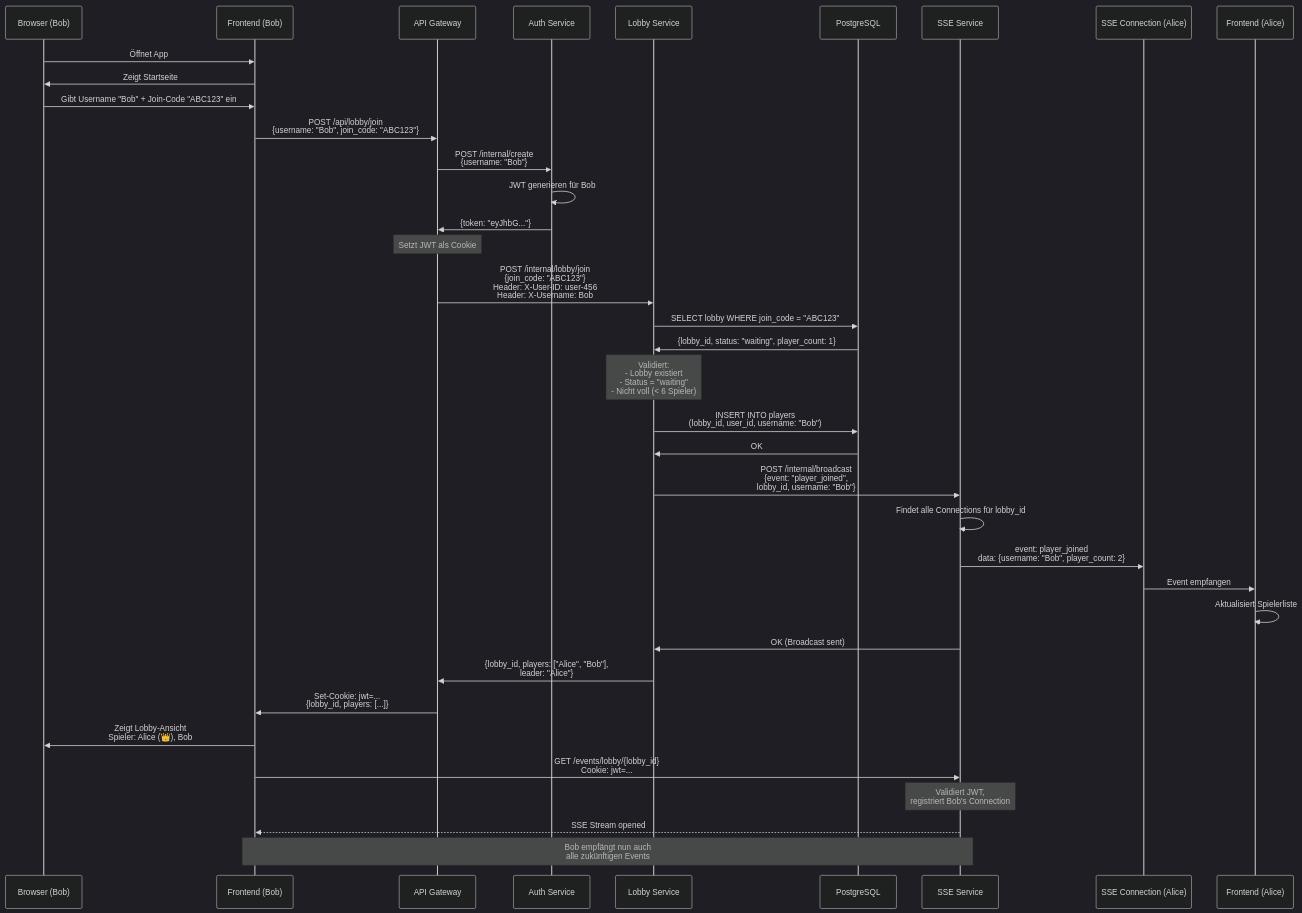
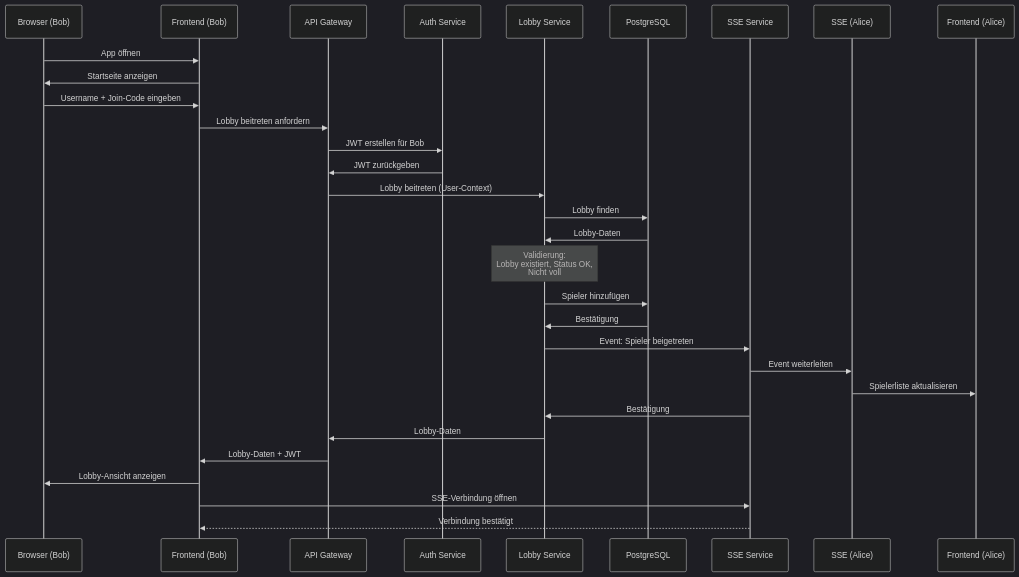
One commit to KnuffelGame/Project-Management changed the second of 10 diagrams in Sequenzdiagramme.md. Above: the diagram before and after it, drawn with Mermaid (dark theme). The commit also changed other lines of this file, not shown here.

````diff
--- a/Sequenzdiagramme.md
+++ b/Sequenzdiagramme.md
@@ -65,55 +88,46 @@
 ```mermaid
 sequenceDiagram
     participant Browser as Browser (Bob)
     participant Frontend as Frontend (Bob)
     participant Gateway as API Gateway
     participant Auth as Auth Service
     participant Lobby as Lobby Service
     participant DB as PostgreSQL
     participant SSE as SSE Service
-    participant SSE_Alice as SSE Connection (Alice)
+    participant SSE_Alice as SSE (Alice)
     participant Frontend_Alice as Frontend (Alice)
 
-    Browser->>Frontend: Öffnet App
-    Frontend->>Browser: Zeigt Startseite
+    Browser->>Frontend: App öffnen
+    Frontend->>Browser: Startseite anzeigen
     
-    Browser->>Frontend: Gibt Username "Bob" + Join-Code "ABC123" ein
+    Browser->>Frontend: Username + Join-Code eingeben
+    Frontend->>Gateway: Lobby beitreten anfordern
     
-    Frontend->>Gateway: POST /api/lobby/join<br/>{username: "Bob", join_code: "ABC123"}
+    Gateway->>Auth: JWT erstellen für Bob
+    Auth->>Gateway: JWT zurückgeben
     
-    Gateway->>Auth: POST /internal/create<br/>{username: "Bob"}
-    Auth->>Auth: JWT generieren für Bob
-    Auth->>Gateway: {token: "eyJhbG..."}
+    Gateway->>Lobby: Lobby beitreten (User-Context)
     
-    Note over Gateway: Setzt JWT als Cookie
+    Lobby->>DB: Lobby finden
+    DB->>Lobby: Lobby-Daten
     
-    Gateway->>Lobby: POST /internal/lobby/join<br/>{join_code: "ABC123"}<br/>Header: X-User-ID: user-456<br/>Header: X-Username: Bob
+    Note over Lobby: Validierung:<br/>Lobby existiert, Status OK,<br/>Nicht voll
     
-    Lobby->>DB: SELECT lobby WHERE join_code = "ABC123"
-    DB->>Lobby: {lobby_id, status: "waiting", player_count: 1}
+    Lobby->>DB: Spieler hinzufügen
+    DB->>Lobby: Bestätigung
     
-    Note over Lobby: Validiert:<br/>- Lobby existiert<br/>- Status = "waiting"<br/>- Nicht voll (< 6 Spieler)
+    Lobby->>SSE: Event: Spieler beigetreten
     
-    Lobby->>DB: INSERT INTO players<br/>(lobby_id, user_id, username: "Bob")
-    DB->>Lobby: OK
+    SSE->>SSE_Alice: Event weiterleiten
+    SSE_Alice->>Frontend_Alice: Spielerliste aktualisieren
     
-    Lobby->>SSE: POST /internal/broadcast<br/>{event: "player_joined",<br/>lobby_id, username: "Bob"}
+    SSE->>Lobby: Bestätigung
     
-    SSE->>SSE: Findet alle Connections für lobby_id
-    SSE->>SSE_Alice: event: player_joined<br/>data: {username: "Bob", player_count: 2}
-    SSE_Alice->>Frontend_Alice: Event empfangen
-    Frontend_Alice->>Frontend_Alice: Aktualisiert Spielerliste
+    Lobby->>Gateway: Lobby-Daten
+    Gateway->>Frontend: Lobby-Daten + JWT
     
-    SSE->>Lobby: OK (Broadcast sent)
+    Frontend->>Browser: Lobby-Ansicht anzeigen
     
-    Lobby->>Gateway: {lobby_id, players: ["Alice", "Bob"],<br/>leader: "Alice"}
-    Gateway->>Frontend: Set-Cookie: jwt=...<br/>{lobby_id, players: [...]}
-    
-    Frontend->>Browser: Zeigt Lobby-Ansicht<br/>Spieler: Alice (👑), Bob
-    
-    Frontend->>SSE: GET /events/lobby/{lobby_id}<br/>Cookie: jwt=...
-    Note over SSE: Validiert JWT,<br/>registriert Bob's Connection
-    SSE-->>Frontend: SSE Stream opened
-    
-    Note over Frontend,SSE: Bob empfängt nun auch<br/>alle zukünftigen Events
+    Frontend->>SSE: SSE-Verbindung öffnen
+    SSE-->>Frontend: Verbindung bestätigt
 ```
````
